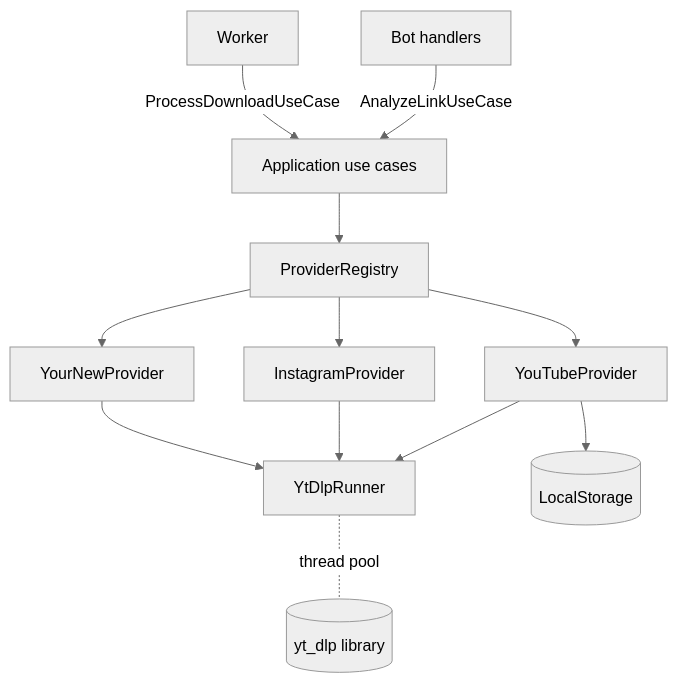
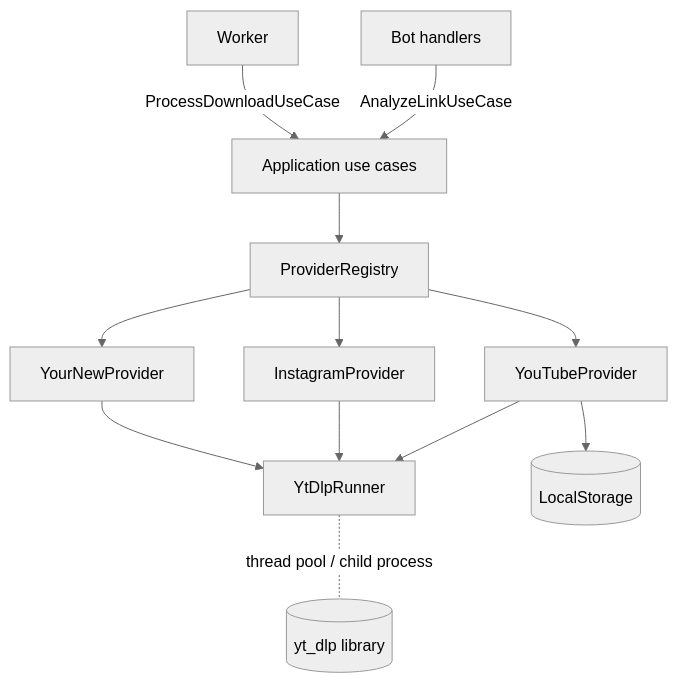
One commit to ariestop/DWTGBot changed the first of 3 diagrams in docs/07-provider-architecture.md. Above: the diagram before and after it, drawn with Mermaid (neutral theme). The commit also changed other lines of this file and 11 other files, not shown here.

First line of the commit message:
feat(worker): run yt-dlp downloads in a killable child process (audit R16)

````diff
--- a/docs/07-provider-architecture.md
+++ b/docs/07-provider-architecture.md
@@ -28,14 +28,14 @@
 ```mermaid
 flowchart TB
     Bot[Bot handlers] -->|AnalyzeLinkUseCase| App
     Worker -->|ProcessDownloadUseCase| App
     App[Application use cases] --> Reg[ProviderRegistry]
     Reg --> P1[YouTubeProvider]
     Reg --> P2[InstagramProvider]
     Reg --> Pn[YourNewProvider]
     P1 --> YDL[YtDlpRunner]
     P2 --> YDL
     Pn --> YDL
-    YDL -.thread pool.- ytdlp[(yt_dlp library)]
+    YDL -.thread pool / child process.- ytdlp[(yt_dlp library)]
     P1 --> ST[(LocalStorage)]
 ```
````
